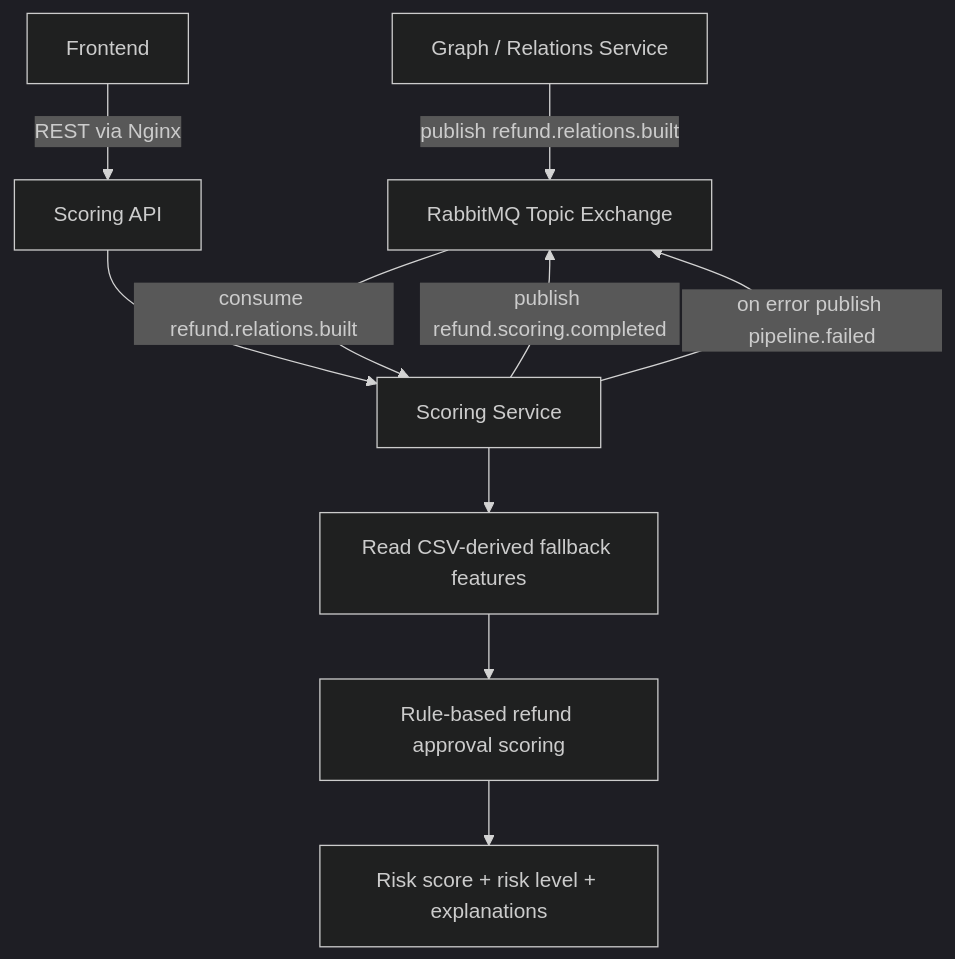
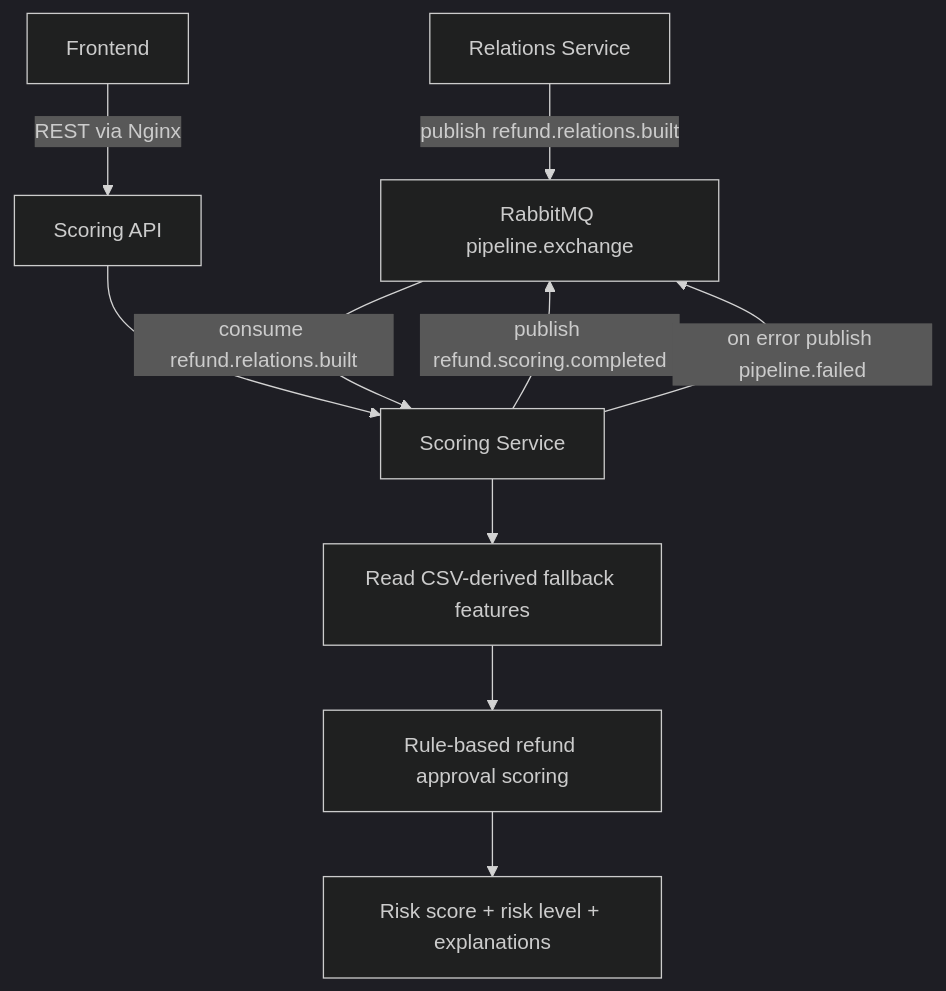
The diagram in backend/scoring-service/README.md (suxarikiii/Anti-Fraud-Detector), drawn with Mermaid (dark theme) before and after one commit. The commit also changed other lines of this file and 6 other files, not shown here.

````diff
--- a/backend/scoring-service/README.md
+++ b/backend/scoring-service/README.md
@@ -18,15 +18,15 @@
 ```mermaid
 flowchart TD
-    A[Graph / Relations Service] -->|publish refund.relations.built| B[RabbitMQ Topic Exchange]
+    A[Relations Service] -->|publish refund.relations.built| B[RabbitMQ pipeline.exchange]
     B -->|consume refund.relations.built| C[Scoring Service]
 
     C --> D[Read CSV-derived fallback features]
     D --> E[Rule-based refund approval scoring]
     E --> F[Risk score + risk level + explanations]
 
     C -->|publish refund.scoring.completed| B
     C -->|on error publish pipeline.failed| B
 
     H[Frontend] -->|REST via Nginx| I[Scoring API]
     I --> C
 ```
````
